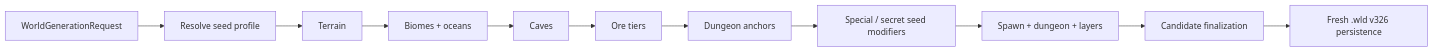
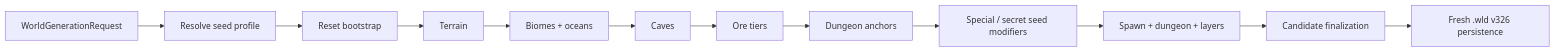
One commit to VegaKernel/TerraRuntime changed the diagram in docs/en/vanilla-world-generation.md. Above: the diagram before and after it, drawn with Mermaid. The commit also changed other lines of this file and 10 other files, not shown here.

First line of the commit message:
Worldgen: port ordinary 1.4.5.8 Reset bootstrap

````diff
--- a/docs/en/vanilla-world-generation.md
+++ b/docs/en/vanilla-world-generation.md
@@ -14,13 +14,14 @@
 ```mermaid
 flowchart LR
     Request["WorldGenerationRequest"] --> Resolve["Resolve seed profile"]
-    Resolve --> Terrain["Terrain"]
+    Resolve --> Reset["Reset bootstrap"]
+    Reset --> Terrain["Terrain"]
     Terrain --> Biomes["Biomes + oceans"]
     Biomes --> Caves["Caves"]
     Caves --> Ores["Ore tiers"]
     Ores --> Dungeon["Dungeon anchors"]
     Dungeon --> Secrets["Special / secret seed modifiers"]
     Secrets --> Metadata["Spawn + dungeon + layers"]
     Metadata --> Finalize["Candidate finalization"]
     Finalize --> Wld["Fresh .wld v326 persistence"]
 ```
````
